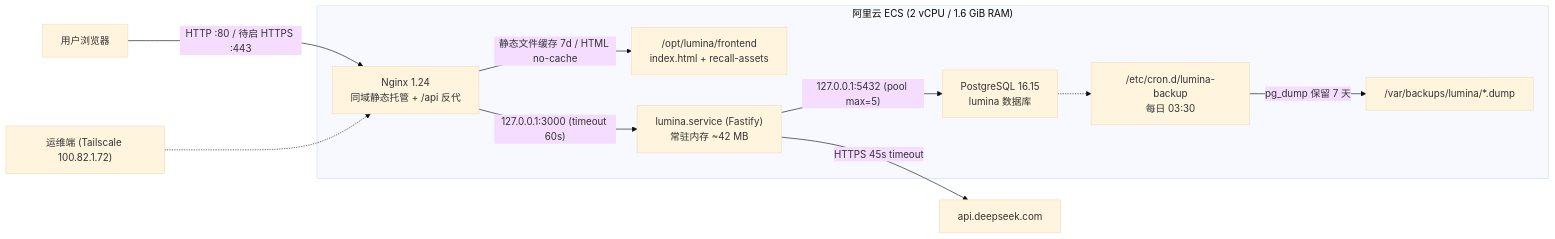
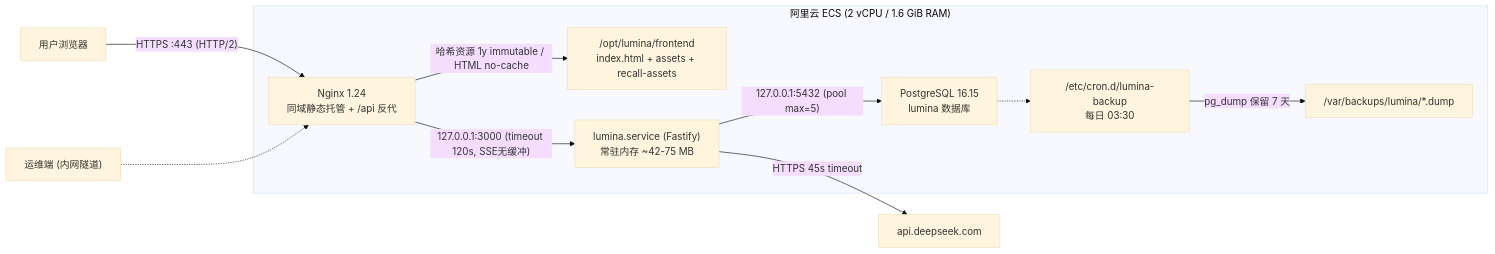
One commit to BlueBlueblues/Lumina changed the fifth of 5 diagrams in docs/光影志_Lumina_技术文档.md. Above: the diagram before and after it, drawn with Mermaid (base theme). The commit also changed other lines of this file and 22 other files, not shown here.

````diff
--- a/docs/光影志_Lumina_技术文档.md
+++ b/docs/光影志_Lumina_技术文档.md
@@ -499,15 +499,15 @@
 ```mermaid
 flowchart LR
-    Browser["用户浏览器"] -->|"HTTP :80 / 待启 HTTPS :443"| Nginx["Nginx 1.24\n同域静态托管 + /api 反代"]
-    Tailscale["运维端 (Tailscale 100.82.1.72)"] -.-> Nginx
+    Browser["用户浏览器"] -->|"HTTPS :443 (HTTP/2)"| Nginx["Nginx 1.24\n同域静态托管 + /api 反代"]
+    Tailscale["运维端 (内网隧道)"] -.-> Nginx
 
     subgraph Host["阿里云 ECS (2 vCPU / 1.6 GiB RAM)"]
-        Nginx -->|"静态文件缓存 7d / HTML no-cache"| Static["/opt/lumina/frontend\nindex.html + recall-assets"]
-        Nginx -->|"127.0.0.1:3000 (timeout 60s)"| Node["lumina.service (Fastify)\n常驻内存 ~42 MB"]
+        Nginx -->|"哈希资源 1y immutable / HTML no-cache"| Static["/opt/lumina/frontend\nindex.html + assets + recall-assets"]
+        Nginx -->|"127.0.0.1:3000 (timeout 120s, SSE无缓冲)"| Node["lumina.service (Fastify)\n常驻内存 ~42-75 MB"]
         Node -->|"127.0.0.1:5432 (pool max=5)"| PG["PostgreSQL 16.15\nlumina 数据库"]
         Cron["/etc/cron.d/lumina-backup\n每日 03:30"] -->|"pg_dump 保留 7 天"| Bak["/var/backups/lumina/*.dump"]
         PG -.-> Cron
     end
 
     Node -->|"HTTPS 45s timeout"| DS["api.deepseek.com"]
 ```
````
